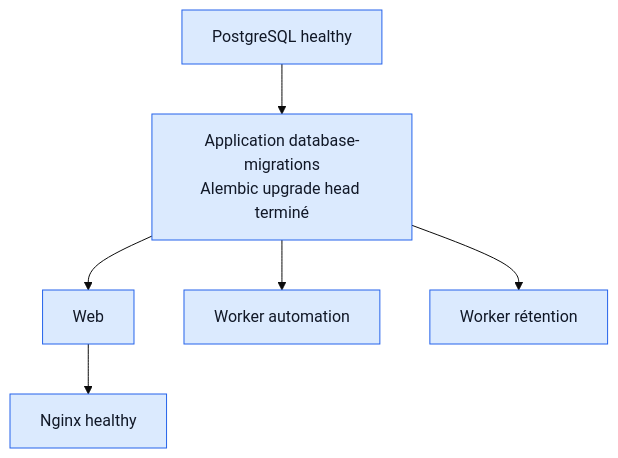
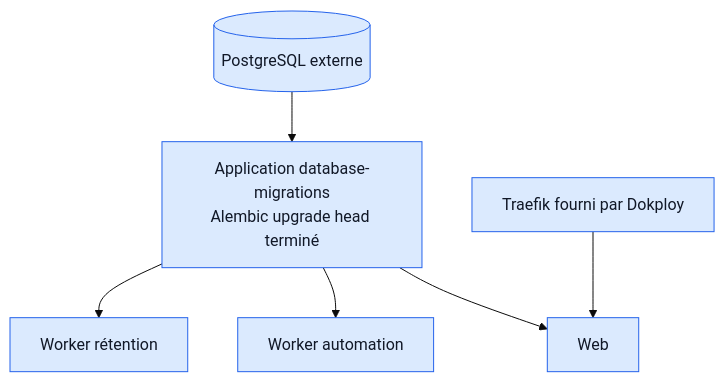
Before and after one commit to dev-vauclaire/mevo2glpi: the sixth of 6 diagrams in docs/mvp-architecture.md, drawn with Mermaid (base theme). The commit also changed other lines of this file and 51 other files, not shown here.

````diff
--- a/docs/mvp-architecture.md
+++ b/docs/mvp-architecture.md
@@ -909,11 +894,11 @@
 ```mermaid
 flowchart TD
-    Postgres[PostgreSQL healthy]:::implemented --> Migration[Application database-migrations<br/>Alembic upgrade head terminé]:::implemented
+    Postgres[(PostgreSQL externe)]:::implemented --> Migration[Application database-migrations<br/>Alembic upgrade head terminé]:::implemented
     Migration --> Web[Web]:::implemented
     Migration --> Automation[Worker automation]:::implemented
     Migration --> Retention[Worker rétention]:::implemented
-    Web --> Nginx[Nginx healthy]:::implemented
+    Traefik[Traefik fourni par Dokploy]:::implemented --> Web
 
     classDef implemented fill:#dbeafe,stroke:#2563eb,color:#111827;
     classDef future fill:#fff,stroke:#64748b,color:#111827,stroke-dasharray:5 4;
 ```
````
